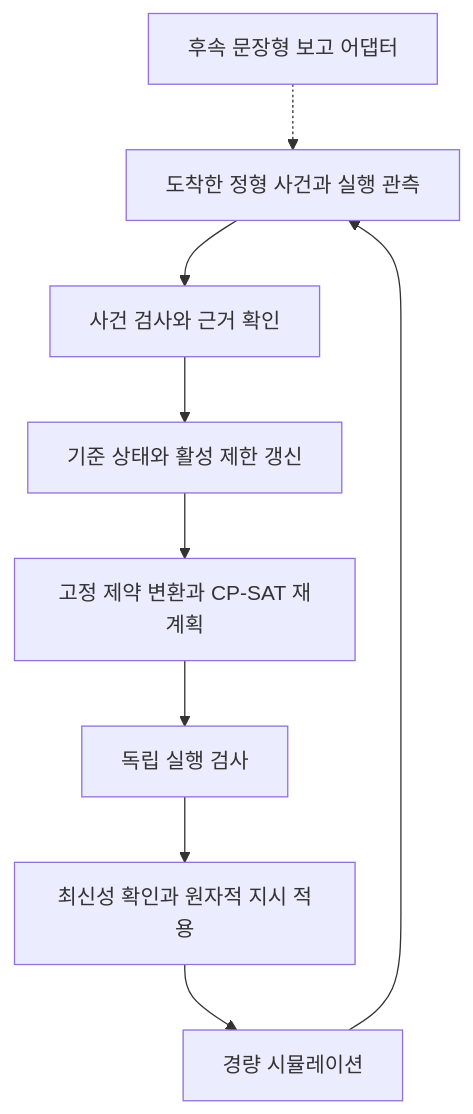
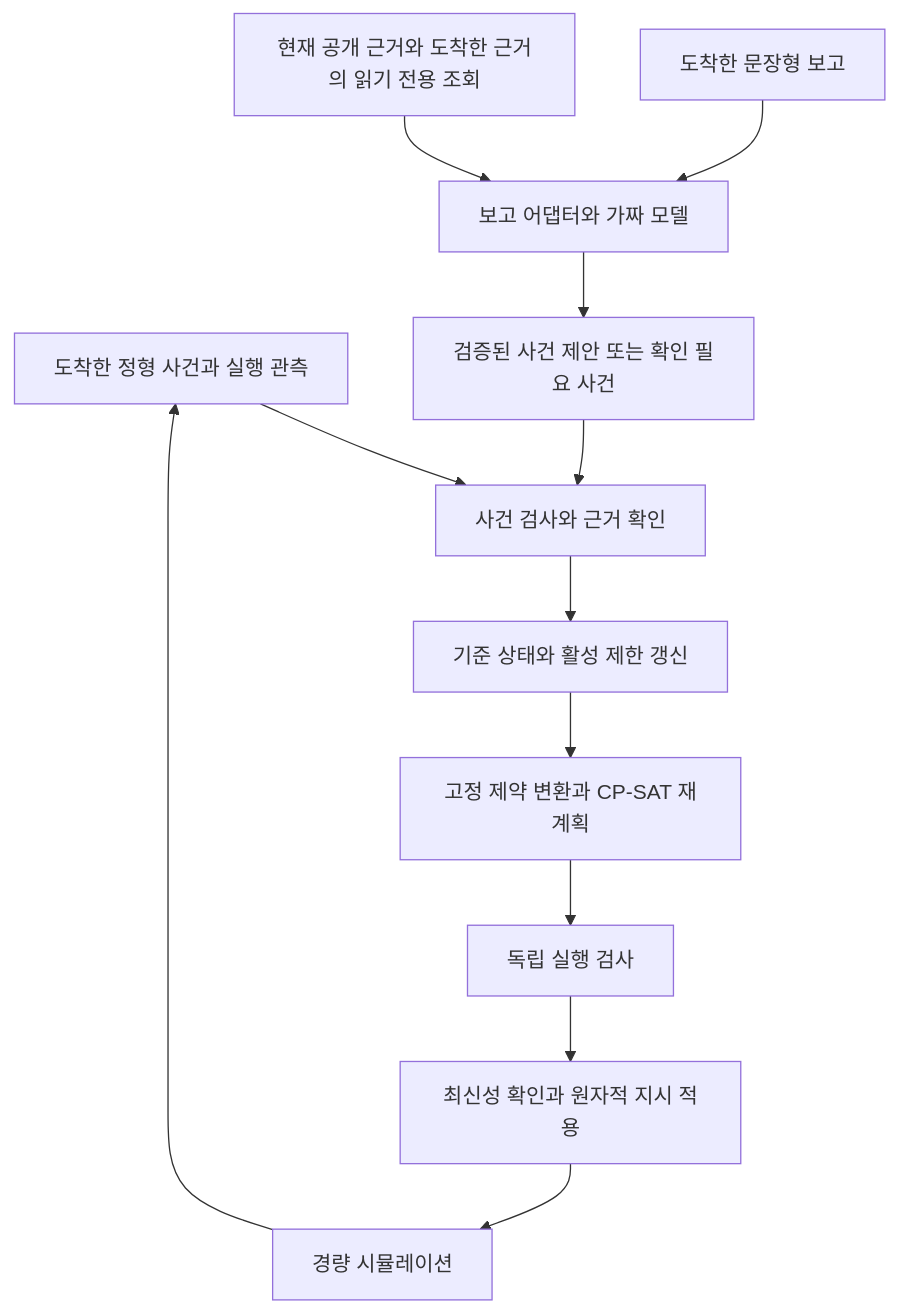
Before and after one commit to yumsj0626-afk/shipyard-welding-automation: the diagram in docs/architecture.md, drawn with Mermaid. The commit also changed other lines of this file and 20 other files, not shown here.

````diff
--- a/docs/architecture.md
+++ b/docs/architecture.md
@@ -25,11 +25,14 @@
 ```mermaid
 flowchart TD
     I["도착한 정형 사건과 실행 관측"] --> E["사건 검사와 근거 확인"]
-    L["후속 문장형 보고 어댑터"] -.-> I
+    L["도착한 문장형 보고"] --> F["보고 어댑터와 가짜 모델"]
+    Q["현재 공개 근거와 도착한 근거의 읽기 전용 조회"] --> F
+    F --> P["검증된 사건 제안 또는 확인 필요 사건"]
+    P --> E
     E --> R["기준 상태와 활성 제한 갱신"]
     R --> S["고정 제약 변환과 CP-SAT 재계획"]
     S --> V["독립 실행 검사"]
     V --> A["최신성 확인과 원자적 지시 적용"]
     A --> M["경량 시뮬레이션"]
     M --> I
 ```
````
